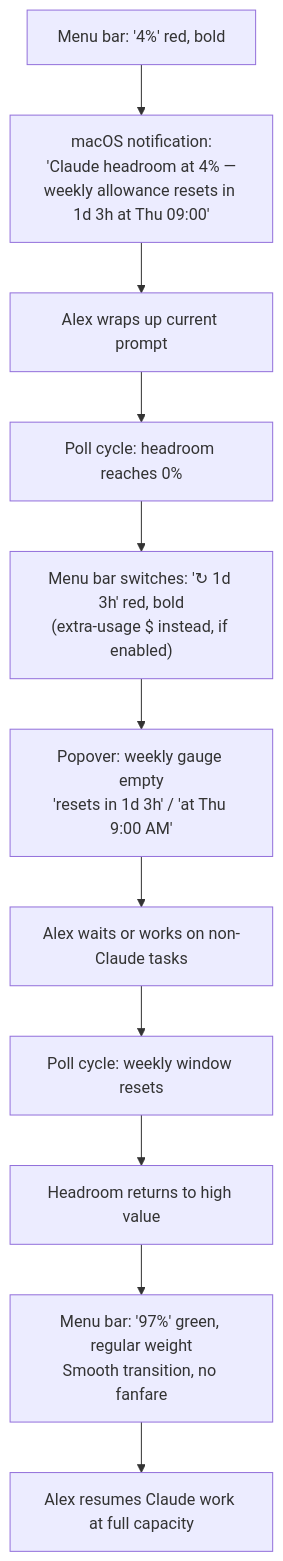
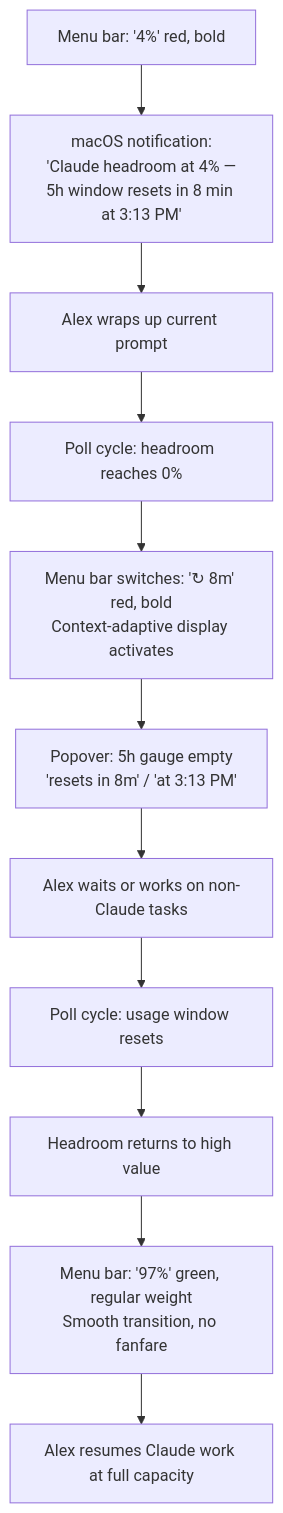
The third of 5 diagrams in _bmad-output/planning-artifacts/ux-design-specification.md (rajish/cc-hdrm), drawn with Mermaid before and after one commit. The commit also changed other lines of this file and 17 other files, not shown here.

````diff
--- a/_bmad-output/planning-artifacts/ux-design-specification.md
+++ b/_bmad-output/planning-artifacts/ux-design-specification.md
@@ -568,13 +565,13 @@
 ```mermaid
 flowchart TD
-    A[Menu bar: '4%' red, bold] --> B[macOS notification:\n'Claude headroom at 4% —\nweekly allowance resets in 1d 3h at Thu 09:00']
+    A[Menu bar: '4%' red, bold] --> B[macOS notification:\n'Claude headroom at 4% —\n5h window resets in 8 min at 3:13 PM']
     B --> C[Alex wraps up current prompt]
     C --> D[Poll cycle: headroom reaches 0%]
-    D --> E["Menu bar switches: '↻ 1d 3h' red, bold\n(extra-usage $ instead, if enabled)"]
-    E --> F[Popover: weekly gauge empty\n'resets in 1d 3h' / 'at Thu 9:00 AM']
+    D --> E["Menu bar switches: '↻ 8m' red, bold\nContext-adaptive display activates"]
+    E --> F[Popover: 5h gauge empty\n'resets in 8m' / 'at 3:13 PM']
     F --> G[Alex waits or works on non-Claude tasks]
-    G --> H[Poll cycle: weekly window resets]
+    G --> H[Poll cycle: usage window resets]
     H --> I[Headroom returns to high value]
     I --> J["Menu bar: '97%' green, regular weight\nSmooth transition, no fanfare"]
     J --> K[Alex resumes Claude work at full capacity]
 ```
````
